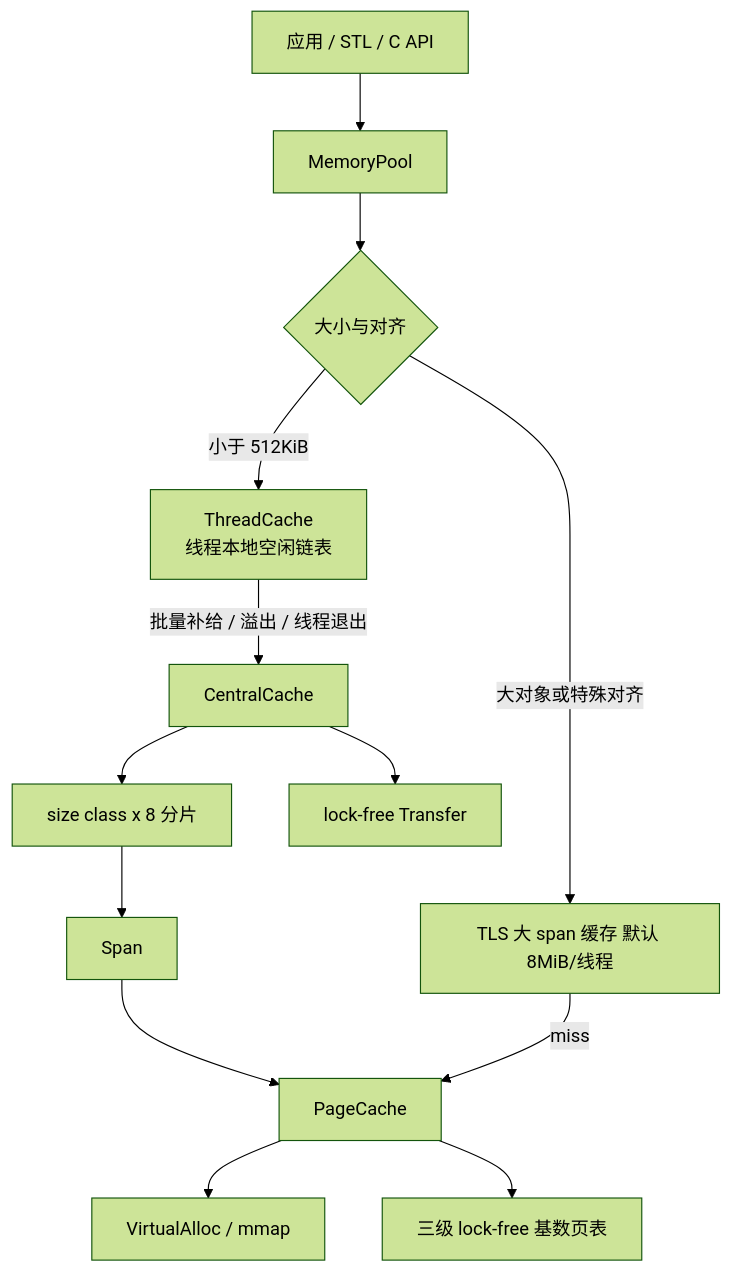
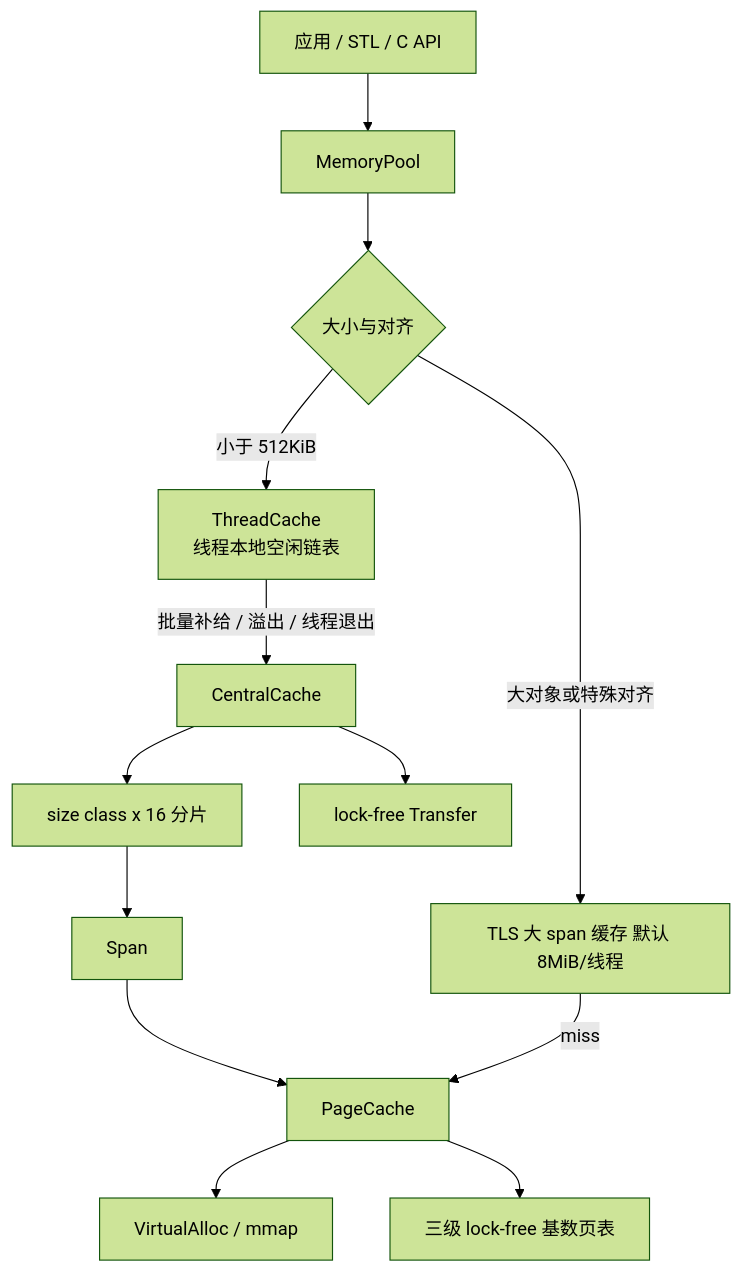
Before and after one commit to xmd-hs/my-MemoryPool: the first of 3 diagrams in README.md, drawn with Mermaid (forest theme). The commit also changed other lines of this file and 10 other files, not shown here.

````diff
--- a/README.md
+++ b/README.md
@@ -144,15 +145,15 @@
 ```mermaid
 flowchart TB
     A[应用 / STL / C API] --> B[MemoryPool]
     B --> C{大小与对齐}
     C -->|小于 512KiB| D[ThreadCache<br/>线程本地空闲链表]
     D -->|批量补给 / 溢出 / 线程退出| E[CentralCache]
-    E --> E1[size class x 8 分片]
+    E --> E1[size class x 16 分片]
     E --> E2[lock-free Transfer]
     E1 --> F[Span]
     F --> G[PageCache]
     C -->|大对象或特殊对齐| H[TLS 大 span 缓存 默认 8MiB/线程]
     H -->|miss| G
     G --> I[VirtualAlloc / mmap]
     G --> J[三级 lock-free 基数页表]
 ```
````
